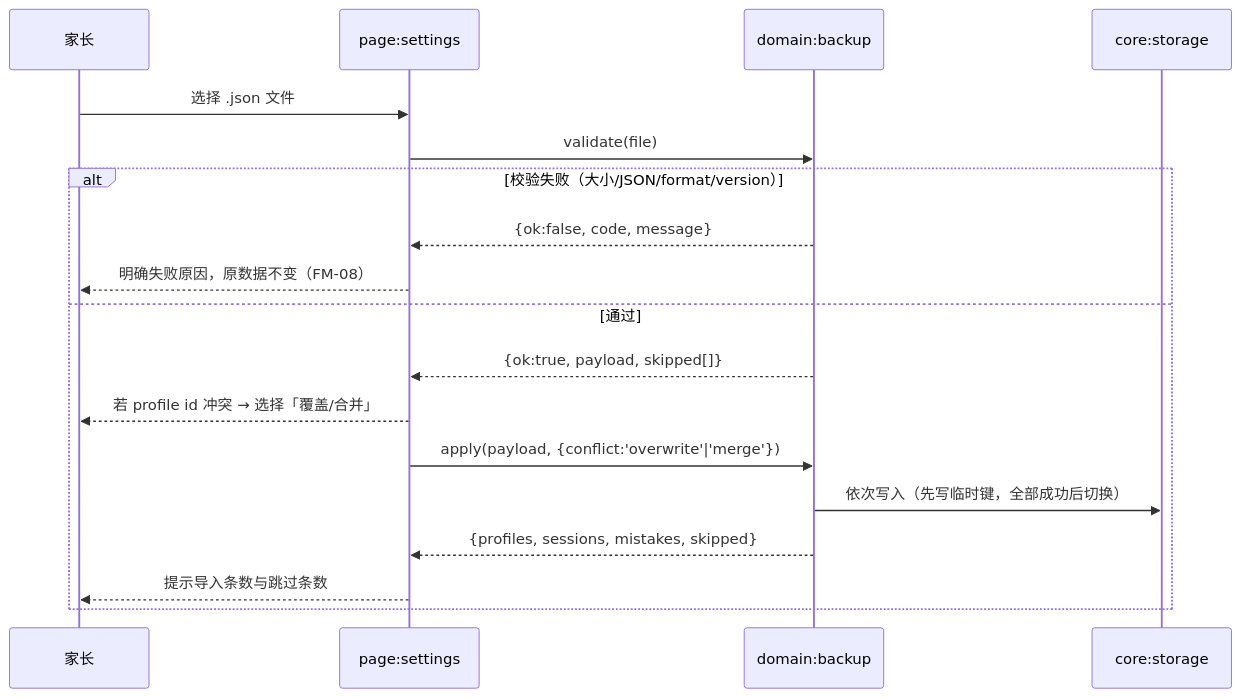
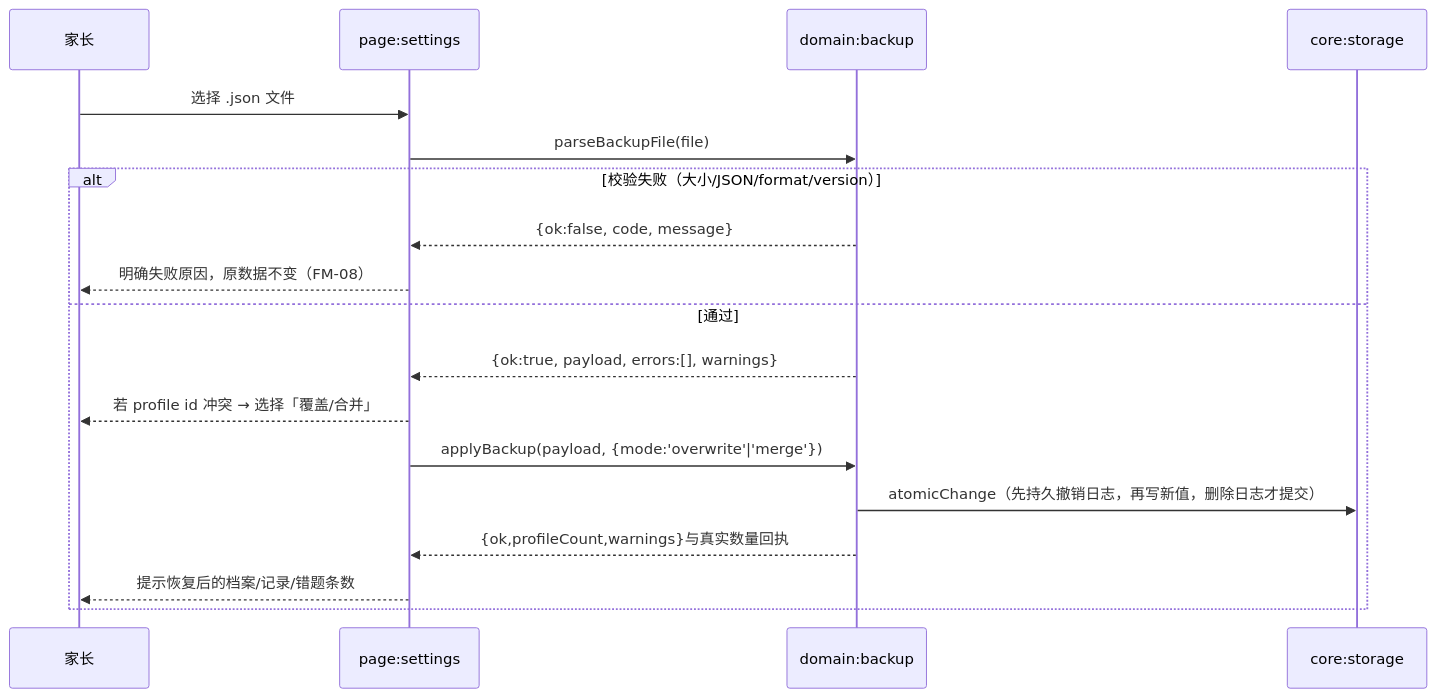
Before and after one commit to Holer0917/child-learning: the third of 5 diagrams in docs/03-设计/05-软件设计说明书.md, drawn with Mermaid. The commit also changed other lines of this file and 238 other files, not shown here.

````diff
--- a/docs/03-设计/05-软件设计说明书.md
+++ b/docs/03-设计/05-软件设计说明书.md
@@ -467,20 +476,20 @@
 ```mermaid
 sequenceDiagram
     participant U as 家长
     participant P as page:settings
     participant B as domain:backup
     participant S as core:storage
     U->>P: 选择 .json 文件
-    P->>B: validate(file)
+    P->>B: parseBackupFile(file)
     alt 校验失败（大小/JSON/format/version）
         B-->>P: {ok:false, code, message}
         P-->>U: 明确失败原因，原数据不变（FM-08）
     else 通过
-        B-->>P: {ok:true, payload, skipped[]}
+        B-->>P: {ok:true, payload, errors:[], warnings}
         P-->>U: 若 profile id 冲突 → 选择「覆盖/合并」
-        P->>B: apply(payload, {conflict:'overwrite'|'merge'})
-        B->>S: 依次写入（先写临时键，全部成功后切换）
-        B-->>P: {profiles, sessions, mistakes, skipped}
-        P-->>U: 提示导入条数与跳过条数
+        P->>B: applyBackup(payload, {mode:'overwrite'|'merge'})
+        B->>S: atomicChange（先持久撤销日志，再写新值，删除日志才提交）
+        B-->>P: {ok,profileCount,warnings}与真实数量回执
+        P-->>U: 提示恢复后的档案/记录/错题条数
     end
 ```
````
